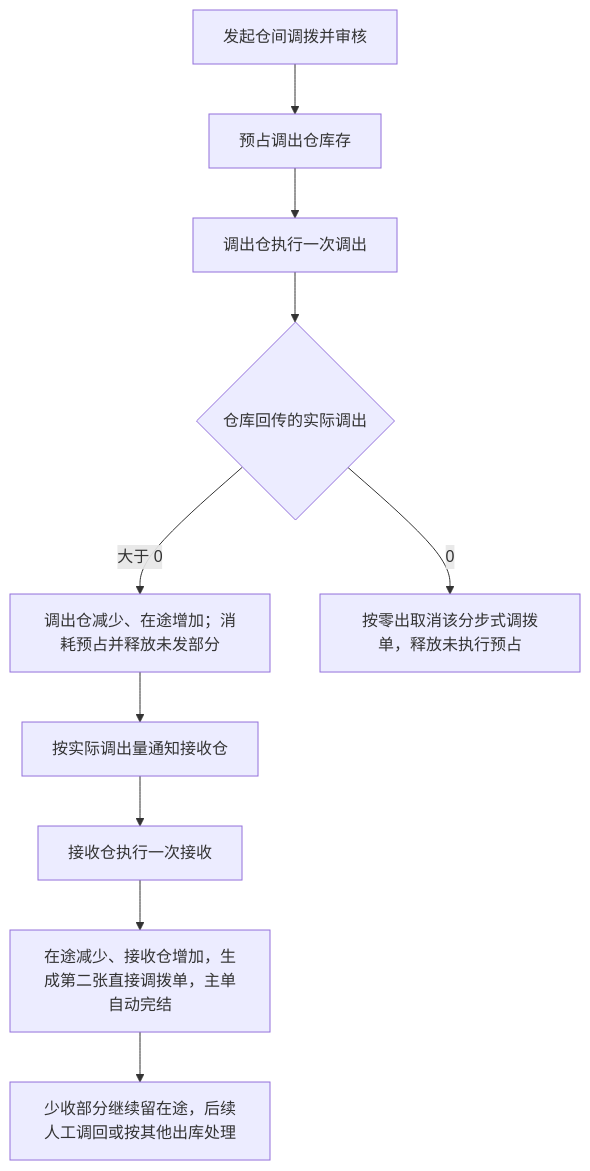
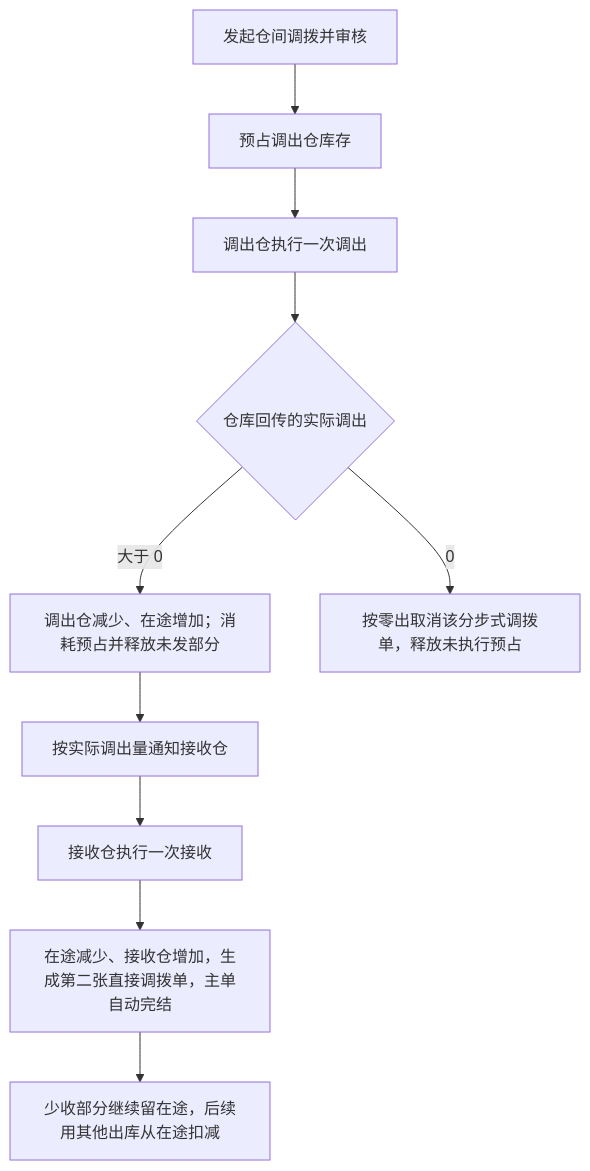
The diagram in 03-业务分析和设计/03-库存与仓储业务设计.md (TopVitamin/QS-ERP-Project), drawn with Mermaid before and after one commit. The commit also changed other lines of this file and 101 other files, not shown here.

````diff
--- a/03-业务分析和设计/03-库存与仓储业务设计.md
+++ b/03-业务分析和设计/03-库存与仓储业务设计.md
@@ -101,12 +101,12 @@
 ```mermaid
 flowchart TB
     A[发起仓间调拨并审核] --> A1[预占调出仓库存]
     A1 --> B[调出仓执行一次调出]
     B --> C{仓库回传的实际调出}
     C -->|大于 0| D[调出仓减少、在途增加；消耗预占并释放未发部分]
     C -->|0| E[按零出取消该分步式调拨单，释放未执行预占]
     D --> F[按实际调出量通知接收仓]
     F --> G[接收仓执行一次接收]
     G --> H[在途减少、接收仓增加，生成第二张直接调拨单，主单自动完结]
-    H --> I[少收部分继续留在途，后续人工调回或按其他出库处理]
+    H --> I[少收部分继续留在途，后续用其他出库从在途扣减]
 ```
````
